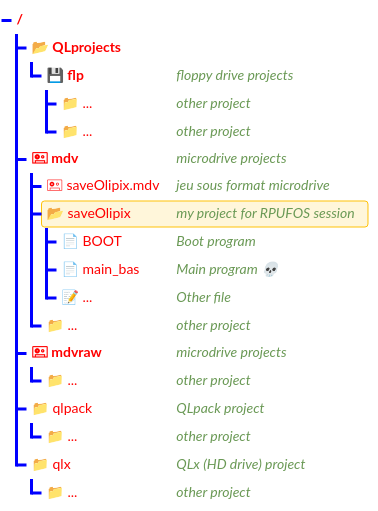
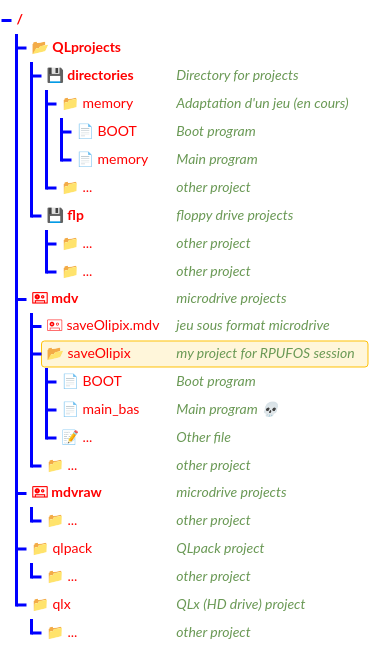
One commit to VFD/SinclairQL changed the diagram in library/programs/ReadMe.md. Above: the diagram before and after it, drawn with Mermaid. The commit also changed other lines of this file and 2 other files, not shown here.

````diff
--- a/library/programs/ReadMe.md
+++ b/library/programs/ReadMe.md
@@ -30,32 +30,37 @@
 ```mermaid
 ---
 config:
     treeView:
         lineThickness: 3
     themeVariables:
         treeView:
             labelFontSize: '14px'
             labelColor: '#FF0000'
             lineColor: '#0000FF'
 ---
 
 treeView-beta
     📂 QLprojects/
+        💾 directories/						## Directory for projects
+            📁 memory							## Adaptation d'un jeu (en cours)
+                📄 BOOT 							## Boot program
+                📄 memory						## Main program
+            📁 ...								## other project
         💾 flp/								## floppy drive projects
             📁 ...								## other project
             📁 ...								## other project
 		🖭 mdv/								## microdrive projects
             🖭 saveOlipix.mdv					## jeu sous format microdrive
             📂 saveOlipix :::highlight			## my project for RPUFOS session
                 📄 BOOT 							## Boot program
                 📄 main_bas						## Main program 💀
                 📝 ...							## Other file
             📁 ...          			        ## other project
 		🖭 mdvraw/							## microdrive projects
 			📁 ...          			        ## other project
 		📁 qlpack          			        ## QLpack project
 			📁 ...          			        ## other project
 		📁 qlx          			        ## QLx (HD drive) project
 			📁 ...          			        ## other project
 
 ```
````
